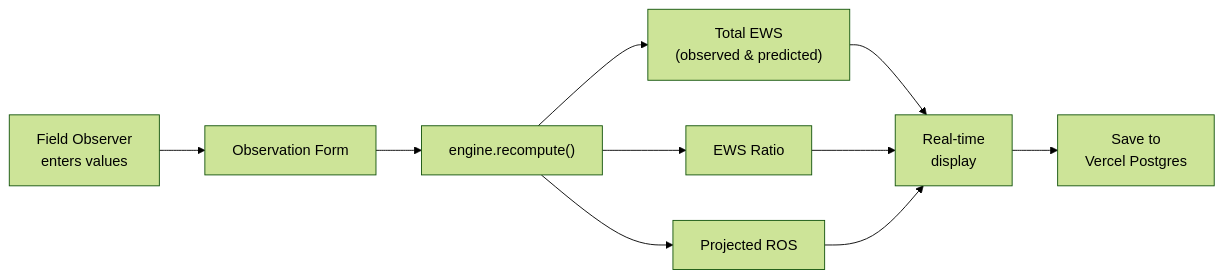
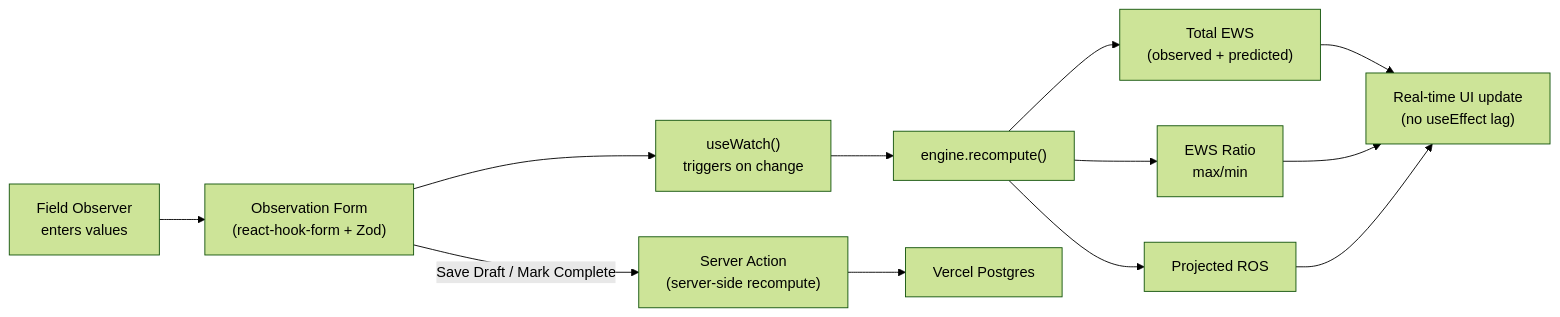
The second of 3 diagrams in README.md (bgorzelic/firevector), drawn with Mermaid (forest theme) before and after one commit. The commit also changed other lines of this file and 1 other file, not shown here.

````diff
--- a/README.md
+++ b/README.md
@@ -79,12 +82,14 @@
 ```mermaid
 flowchart LR
-    Input["Field Observer<br/>enters values"] --> Form["Observation Form"]
-    Form --> Recompute["engine.recompute()"]
-    Recompute --> EWS["Total EWS<br/>(observed & predicted)"]
-    Recompute --> Ratio["EWS Ratio"]
+    Input["Field Observer<br/>enters values"] --> Form["Observation Form<br/>(react-hook-form + Zod)"]
+    Form --> Watch["useWatch()<br/>triggers on change"]
+    Watch --> Recompute["engine.recompute()"]
+    Recompute --> EWS["Total EWS<br/>(observed + predicted)"]
+    Recompute --> Ratio["EWS Ratio<br/>max/min"]
     Recompute --> ROS["Projected ROS"]
-    EWS --> Display["Real-time<br/>display"]
+    EWS --> Display["Real-time UI update<br/>(no useEffect lag)"]
     Ratio --> Display
     ROS --> Display
-    Display --> Save["Save to<br/>Vercel Postgres"]
+    Form --> |"Save Draft / Mark Complete"| Server["Server Action<br/>(server-side recompute)"]
+    Server --> DB["Vercel Postgres"]
 ```
````
